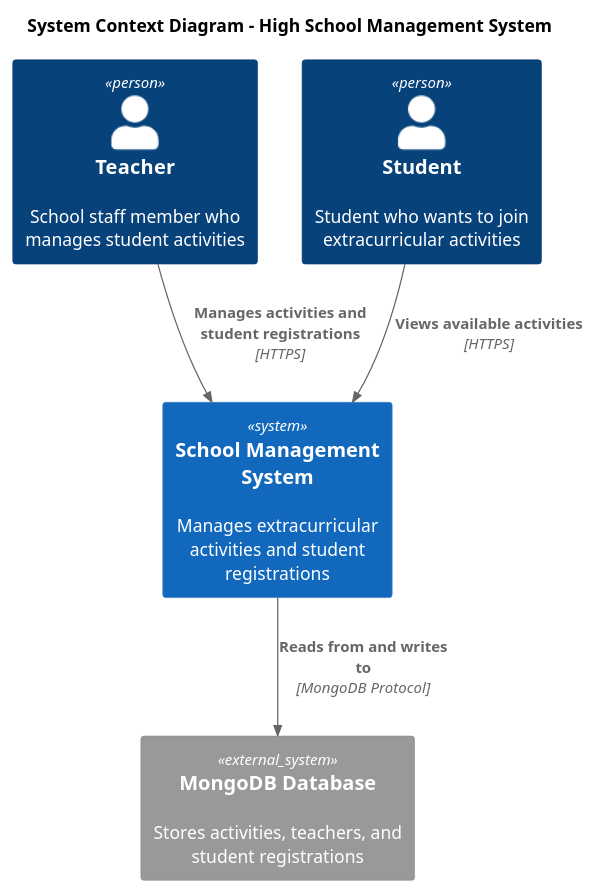
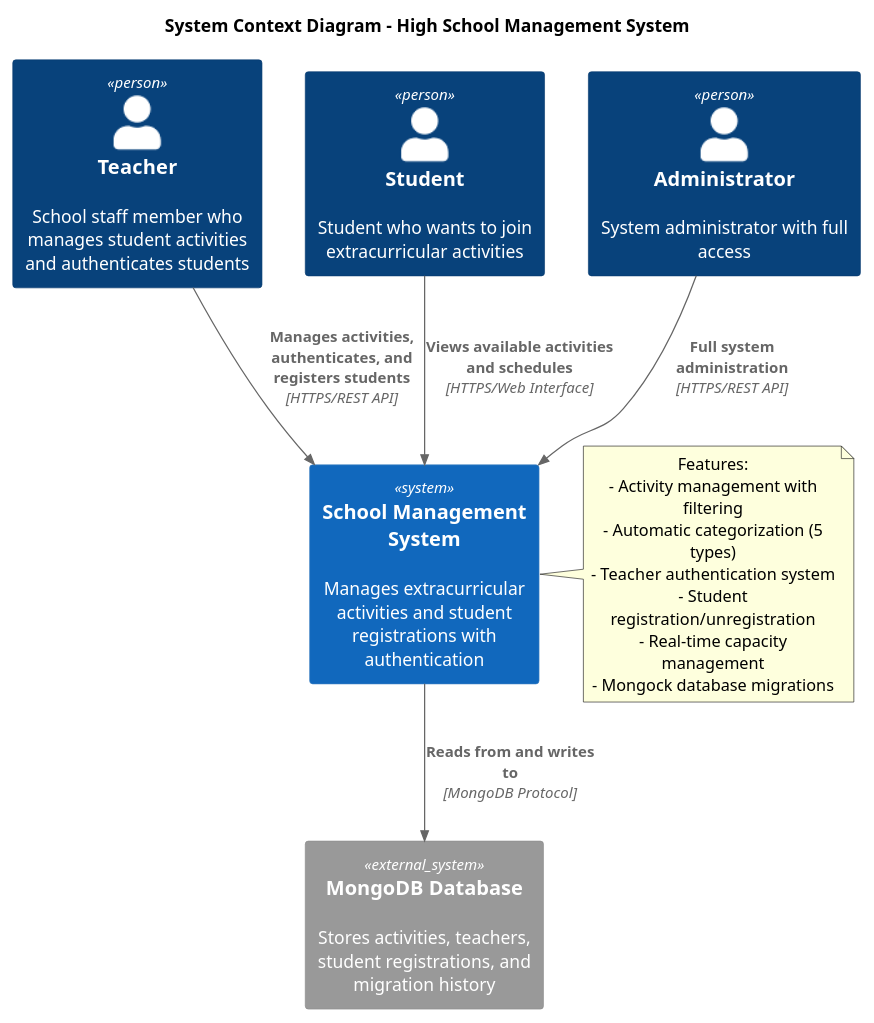
Before and after one commit to JulianaCarolinaBatista/java-copilot-code-agent: the diagram in docs/architecture/system-context.puml, drawn with PlantUML. The commit also changed 6 other files, not shown here.

Commit message:
Update project documentation with current features and API details

```diff
--- a/docs/architecture/system-context.puml
+++ b/docs/architecture/system-context.puml
@@ -1,17 +1,29 @@
 @startuml system-context
 !include <C4/C4_Context>
 
 title System Context Diagram - High School Management System
 
-Person(teacher, "Teacher", "School staff member who manages student activities")
+Person(teacher, "Teacher", "School staff member who manages student activities and authenticates students")
 Person(student, "Student", "Student who wants to join extracurricular activities")
+Person(admin, "Administrator", "System administrator with full access")
 
-System(schoolSystem, "School Management System", "Manages extracurricular activities and student registrations")
+System(schoolSystem, "School Management System", "Manages extracurricular activities and student registrations with authentication")
 
-System_Ext(database, "MongoDB Database", "Stores activities, teachers, and student registrations")
+System_Ext(database, "MongoDB Database", "Stores activities, teachers, student registrations, and migration history")
 
-Rel(teacher, schoolSystem, "Manages activities and student registrations", "HTTPS")
-Rel(student, schoolSystem, "Views available activities", "HTTPS")
+Rel(teacher, schoolSystem, "Manages activities, authenticates, and registers students", "HTTPS/REST API")
+Rel(student, schoolSystem, "Views available activities and schedules", "HTTPS/Web Interface")
+Rel(admin, schoolSystem, "Full system administration", "HTTPS/REST API")
 Rel(schoolSystem, database, "Reads from and writes to", "MongoDB Protocol")
 
+note right of schoolSystem
+    Features:
+    - Activity management with filtering
+    - Automatic categorization (5 types)
+    - Teacher authentication system
+    - Student registration/unregistration
+    - Real-time capacity management
+    - Mongock database migrations
+end note
+
 @enduml
```
